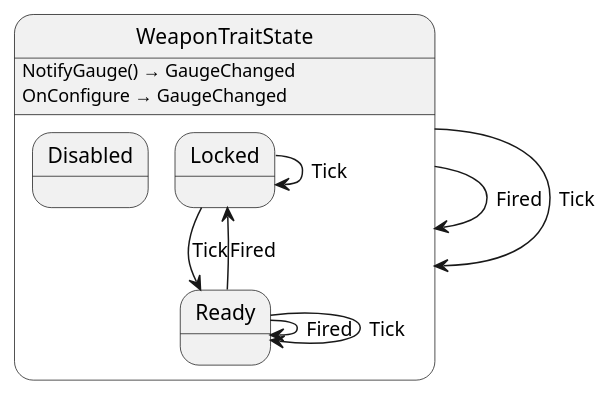
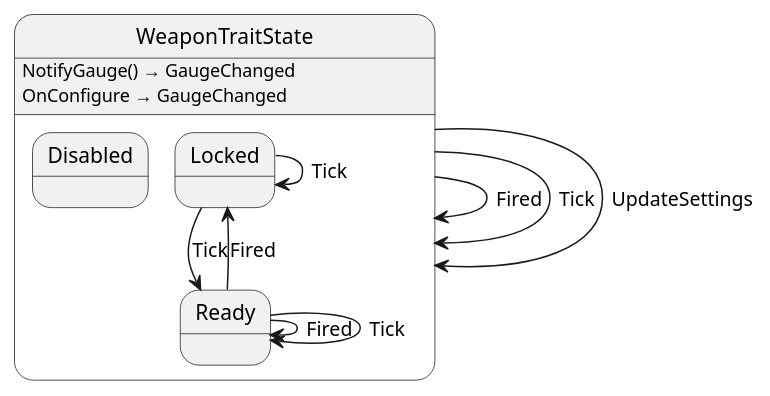
Before and after one commit to Ygoat/EternalJourney: the diagram in src/weapon_trait/state/WeaponTraitLogic.g.puml, drawn with PlantUML. The commit also changed 51 other files, not shown here.

```diff
--- a/src/weapon_trait/state/WeaponTraitLogic.g.puml
+++ b/src/weapon_trait/state/WeaponTraitLogic.g.puml
@@ -1,18 +1,19 @@
 @startuml WeaponTraitState
 state "WeaponTraitState" as EternalJourney_WeaponTrait_State_WeaponTraitState {
   state "Disabled" as EternalJourney_WeaponTrait_State_WeaponTraitState_Disabled
   state "Locked" as EternalJourney_WeaponTrait_State_WeaponTraitState_Locked
   state "Ready" as EternalJourney_WeaponTrait_State_WeaponTraitState_Ready
 }
 
 EternalJourney_WeaponTrait_State_WeaponTraitState --> EternalJourney_WeaponTrait_State_WeaponTraitState : Fired
 EternalJourney_WeaponTrait_State_WeaponTraitState --> EternalJourney_WeaponTrait_State_WeaponTraitState : Tick
+EternalJourney_WeaponTrait_State_WeaponTraitState --> EternalJourney_WeaponTrait_State_WeaponTraitState : UpdateSettings
 EternalJourney_WeaponTrait_State_WeaponTraitState_Locked --> EternalJourney_WeaponTrait_State_WeaponTraitState_Locked : Tick
 EternalJourney_WeaponTrait_State_WeaponTraitState_Locked --> EternalJourney_WeaponTrait_State_WeaponTraitState_Ready : Tick
 EternalJourney_WeaponTrait_State_WeaponTraitState_Ready --> EternalJourney_WeaponTrait_State_WeaponTraitState_Locked : Fired
 EternalJourney_WeaponTrait_State_WeaponTraitState_Ready --> EternalJourney_WeaponTrait_State_WeaponTraitState_Ready : Fired
 EternalJourney_WeaponTrait_State_WeaponTraitState_Ready --> EternalJourney_WeaponTrait_State_WeaponTraitState_Ready : Tick
 
 EternalJourney_WeaponTrait_State_WeaponTraitState : NotifyGauge() → GaugeChanged
 EternalJourney_WeaponTrait_State_WeaponTraitState : OnConfigure → GaugeChanged
 @enduml
```
